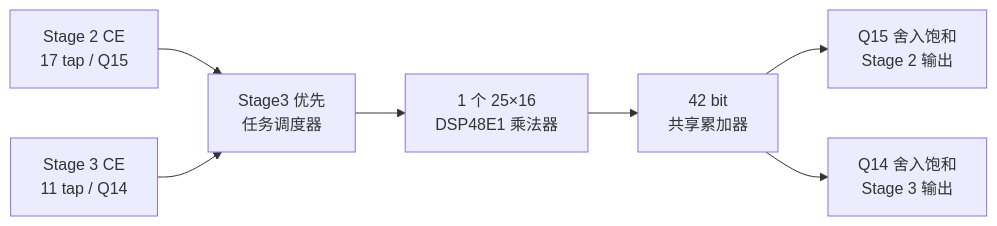
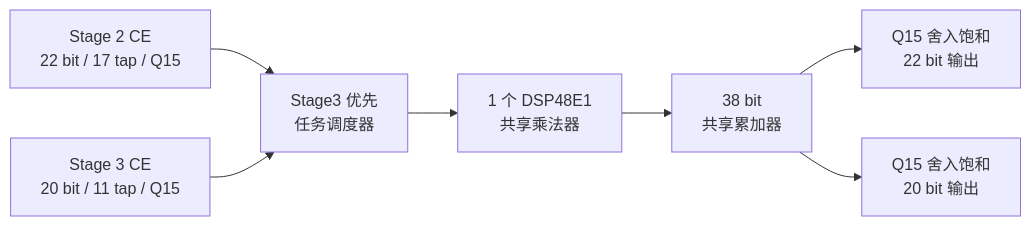
The third of 3 diagrams in README.md (adudududua/fir-interpolation-filter-fpga), drawn with Mermaid before and after one commit. The commit also changed other lines of this file and 42 other files, not shown here.

````diff
--- a/README.md
+++ b/README.md
@@ -391,9 +400,9 @@
 ```mermaid
 flowchart LR
-    A["Stage 2 CE<br/>17 tap / Q15"] --> Q["Stage3 优先<br/>任务调度器"]
-    B["Stage 3 CE<br/>11 tap / Q14"] --> Q
-    Q --> M["1 个 25×16<br/>DSP48E1 乘法器"]
-    M --> C["42 bit<br/>共享累加器"]
-    C --> R2["Q15 舍入饱和<br/>Stage 2 输出"]
-    C --> R3["Q14 舍入饱和<br/>Stage 3 输出"]
+    A["Stage 2 CE<br/>22 bit / 17 tap / Q15"] --> Q["Stage3 优先<br/>任务调度器"]
+    B["Stage 3 CE<br/>20 bit / 11 tap / Q15"] --> Q
+    Q --> M["1 个 DSP48E1<br/>共享乘法器"]
+    M --> C["38 bit<br/>共享累加器"]
+    C --> R2["Q15 舍入饱和<br/>22 bit 输出"]
+    C --> R3["Q15 舍入饱和<br/>20 bit 输出"]
 ```
````
